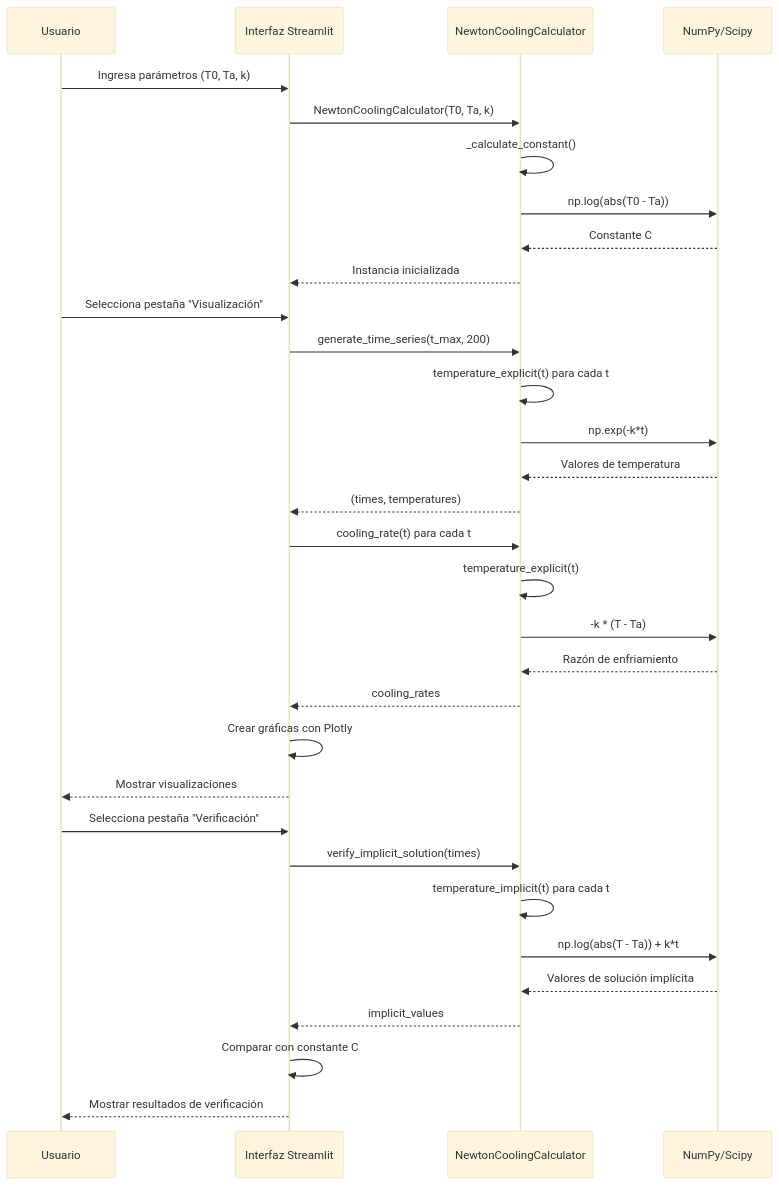
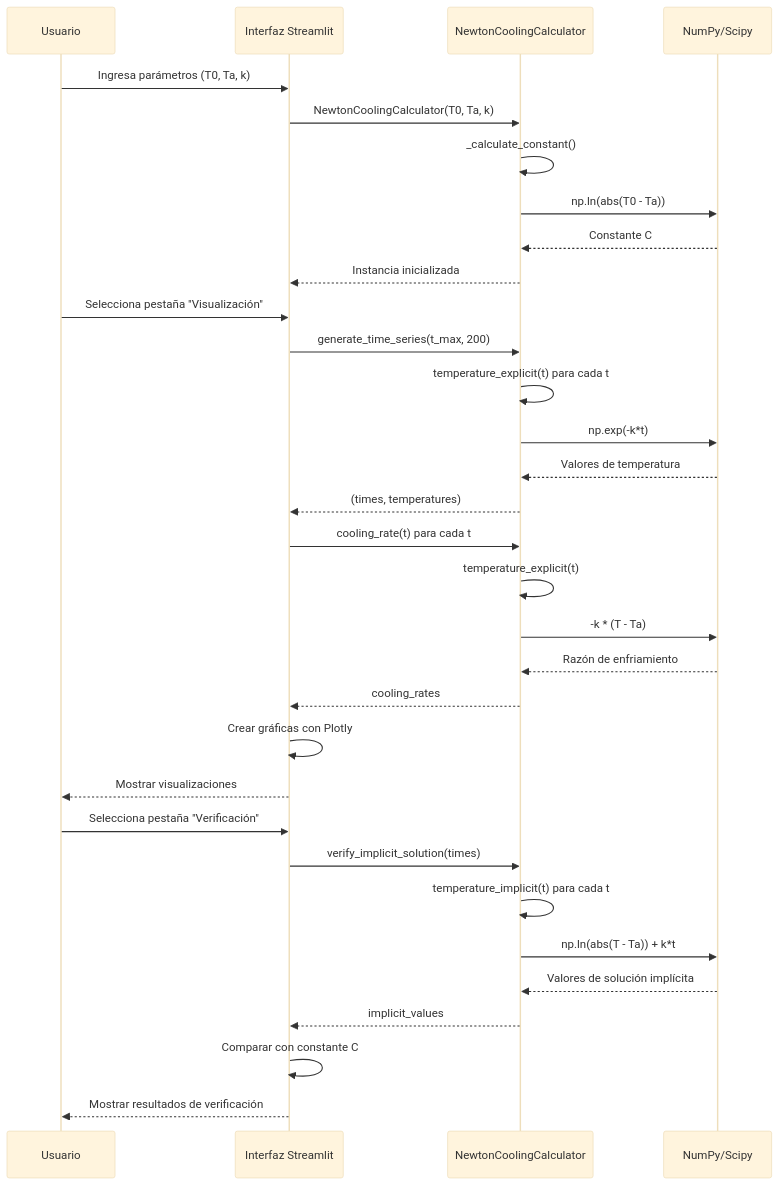
Diagram 13 of 16 in DOCUMENTACION.md (JohanStivenRengifo/Ley-de-Enfriamiento-de-Newton), drawn with Mermaid (base theme) before and after one commit. The commit also changed other lines of this file and 3 other files, not shown here.

````diff
--- a/DOCUMENTACION.md
+++ b/DOCUMENTACION.md
@@ -860,39 +860,39 @@
 ```mermaid
 sequenceDiagram
     participant U as Usuario
     participant UI as Interfaz Streamlit
     participant Calc as NewtonCoolingCalculator
     participant NumPy as NumPy/Scipy
     
     U->>UI: Ingresa parámetros (T0, Ta, k)
     UI->>Calc: NewtonCoolingCalculator(T0, Ta, k)
     Calc->>Calc: _calculate_constant()
-    Calc->>NumPy: np.log(abs(T0 - Ta))
+    Calc->>NumPy: np.ln(abs(T0 - Ta))
     NumPy-->>Calc: Constante C
     Calc-->>UI: Instancia inicializada
     
     U->>UI: Selecciona pestaña "Visualización"
     UI->>Calc: generate_time_series(t_max, 200)
     Calc->>Calc: temperature_explicit(t) para cada t
     Calc->>NumPy: np.exp(-k*t)
     NumPy-->>Calc: Valores de temperatura
     Calc-->>UI: (times, temperatures)
     
     UI->>Calc: cooling_rate(t) para cada t
     Calc->>Calc: temperature_explicit(t)
     Calc->>NumPy: -k * (T - Ta)
     NumPy-->>Calc: Razón de enfriamiento
     Calc-->>UI: cooling_rates
     
     UI->>UI: Crear gráficas con Plotly
     UI-->>U: Mostrar visualizaciones
     
     U->>UI: Selecciona pestaña "Verificación"
     UI->>Calc: verify_implicit_solution(times)
     Calc->>Calc: temperature_implicit(t) para cada t
-    Calc->>NumPy: np.log(abs(T - Ta)) + k*t
+    Calc->>NumPy: np.ln(abs(T - Ta)) + k*t
     NumPy-->>Calc: Valores de solución implícita
     Calc-->>UI: implicit_values
     UI->>UI: Comparar con constante C
     UI-->>U: Mostrar resultados de verificación
 ```
````
